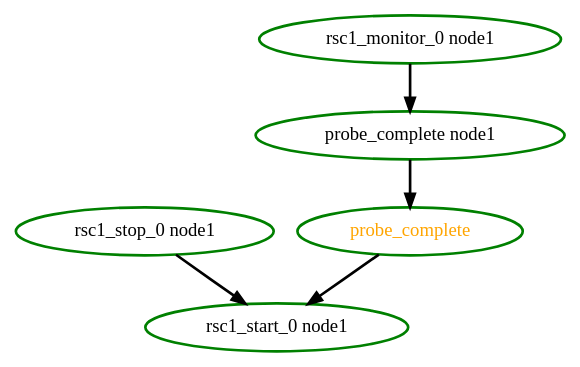
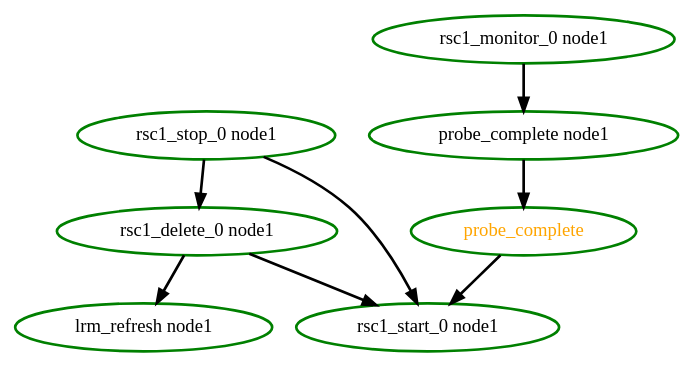
Before and after one commit to richiewen8/heartbeat: the diagram in crm/pengine/testcases/bad6.dot, drawn with Graphviz. The commit also changed 10 other files, not shown here.

First line of the commit message:
Implement support for "failure stickiness"  - how much we prefer not to stay running on a node after a resource has    failed on it Break up the monolythic unpack_lrm_rsc_state function into more manageable pieces Continue processing orphan resources to see if they're active Update some test output

```diff
--- a/crm/pengine/testcases/bad6.dot
+++ b/crm/pengine/testcases/bad6.dot
@@ -1,12 +1,17 @@
 digraph "g" {
 	size = "30,30"
 "rsc1_stop_0 node1" [ style=bold color="green" fontcolor="black" ]
+"rsc1_delete_0 node1" [ style=bold color="green" fontcolor="black" ]
+"lrm_refresh node1" [ style=bold color="green" fontcolor="black" ]
 "probe_complete" [ style=bold color="green" fontcolor="orange" ]
 "probe_complete node1" [ style=bold color="green" fontcolor="black" ]
 "rsc1_monitor_0 node1" [ style=bold color="green" fontcolor="black" ]
 "rsc1_start_0 node1" [ style=bold color="green" fontcolor="black" ]
+"rsc1_stop_0 node1" -> "rsc1_delete_0 node1" [ style = bold]
+"rsc1_delete_0 node1" -> "lrm_refresh node1" [ style = bold]
 "probe_complete node1" -> "probe_complete" [ style = bold]
 "rsc1_monitor_0 node1" -> "probe_complete node1" [ style = bold]
 "rsc1_stop_0 node1" -> "rsc1_start_0 node1" [ style = bold]
+"rsc1_delete_0 node1" -> "rsc1_start_0 node1" [ style = bold]
 "probe_complete" -> "rsc1_start_0 node1" [ style = bold]
 }
```
